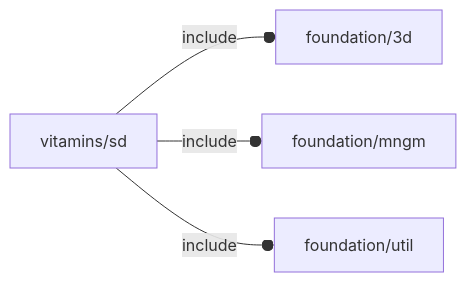
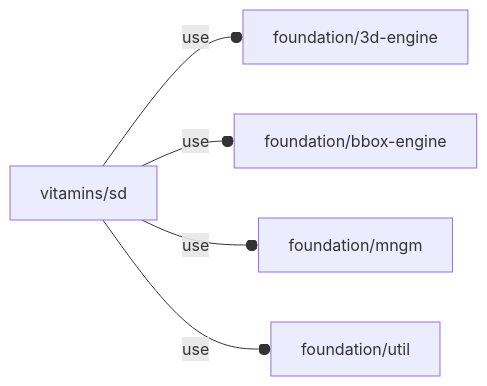
The diagram in orthodocs/vitamins/sd.md (ggabbiani/OFL), drawn with Mermaid before and after one commit. The commit also changed other lines of this file and 74 other files, not shown here.

````diff
--- a/orthodocs/vitamins/sd.md
+++ b/orthodocs/vitamins/sd.md
@@ -5,6 +5,7 @@
 ```mermaid
 graph LR
-    A1[vitamins/sd] --o|include| A2[foundation/3d]
-    A1 --o|include| A3[foundation/mngm]
-    A1 --o|include| A4[foundation/util]
+    A1[vitamins/sd] --o|use| A2[foundation/3d-engine]
+    A1 --o|use| A3[foundation/bbox-engine]
+    A1 --o|use| A4[foundation/mngm]
+    A1 --o|use| A5[foundation/util]
 ```
````
